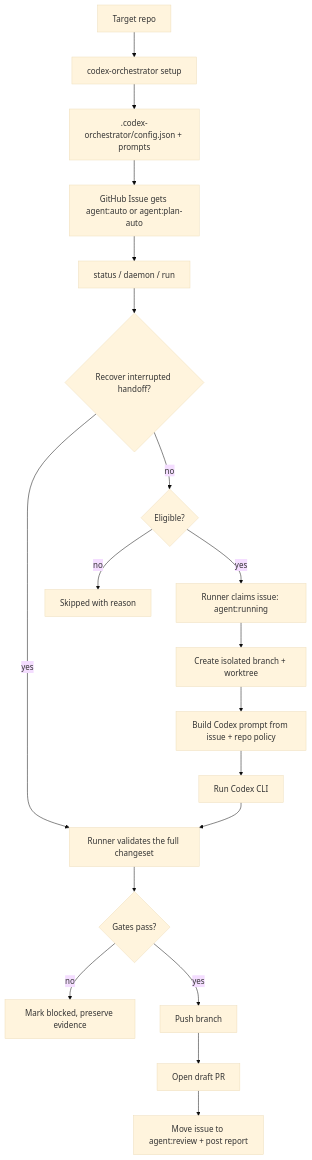
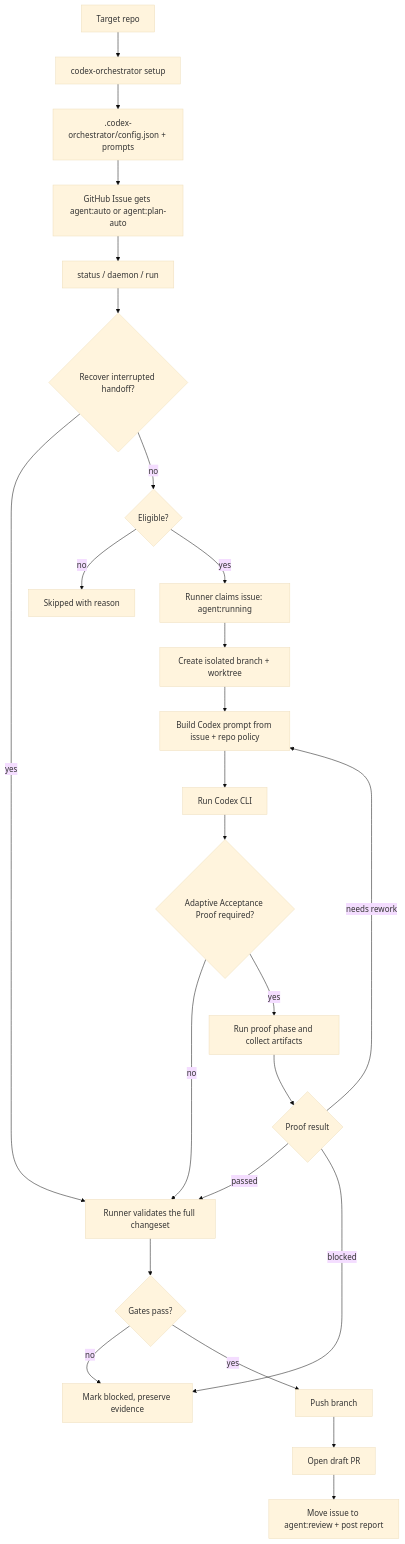
One commit to SergiiMytakii/codex-orchestrator changed the diagram in README.md. Above: the diagram before and after it, drawn with Mermaid (base theme). The commit also changed other lines of this file and 23 other files, not shown here.

First line of the commit message:
Release 0.1.34 adaptive proof agent

````diff
--- a/README.md
+++ b/README.md
@@ -56,21 +58,27 @@
 ```mermaid
 flowchart TD
   A["Target repo"] --> B["codex-orchestrator setup"]
   B --> C[".codex-orchestrator/config.json + prompts"]
   C --> D["GitHub Issue gets agent:auto or agent:plan-auto"]
   D --> E["status / daemon / run"]
   E --> R{"Recover interrupted handoff?"}
   R -- "yes" --> L
   R -- "no" --> F{"Eligible?"}
   F -- "no" --> G["Skipped with reason"]
   F -- "yes" --> H["Runner claims issue: agent:running"]
   H --> I["Create isolated branch + worktree"]
   I --> J["Build Codex prompt from issue + repo policy"]
   J --> K["Run Codex CLI"]
-  K --> L["Runner validates the full changeset"]
+  K --> AAP{"Adaptive Acceptance Proof required?"}
+  AAP -- "no" --> L["Runner validates the full changeset"]
+  AAP -- "yes" --> AP["Run proof phase and collect artifacts"]
+  AP --> APR{"Proof result"}
+  APR -- "passed" --> L
+  APR -- "needs rework" --> J
+  APR -- "blocked" --> N
   L --> M{"Gates pass?"}
   M -- "no" --> N["Mark blocked, preserve evidence"]
   M -- "yes" --> O["Push branch"]
   O --> P["Open draft PR"]
   P --> Q["Move issue to agent:review + post report"]
 ```
````
